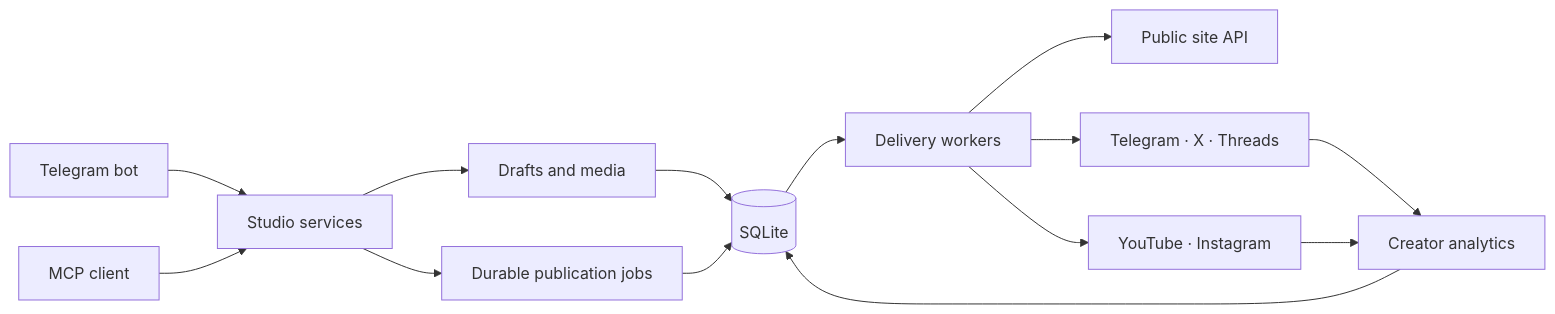
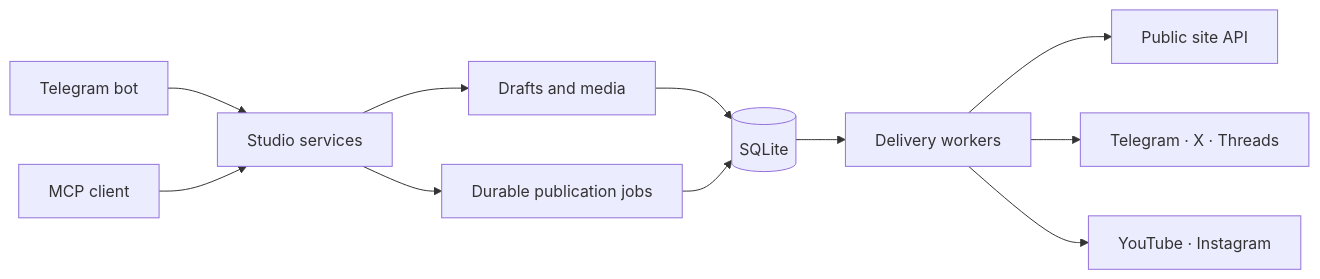
The diagram in docs/architecture.md (alexgetmancom/solo-publisher), drawn with Mermaid before and after one commit. The commit also changed other lines of this file and 188 other files, not shown here.

````diff
--- a/docs/architecture.md
+++ b/docs/architecture.md
@@ -5,16 +5,13 @@
 ```mermaid
 flowchart LR
   Telegram["Telegram bot"] --> Studio["Studio services"]
   MCP["MCP client"] --> Studio
   Studio --> Content["Drafts and media"]
   Studio --> Queue["Durable publication jobs"]
   Content --> DB[("SQLite")]
   Queue --> DB
   DB --> Workers["Delivery workers"]
   Workers --> Site["Public site API"]
   Workers --> Social["Telegram · X · Threads"]
   Workers --> Video["YouTube · Instagram"]
-  Social --> Analytics["Creator analytics"]
-  Video --> Analytics
-  Analytics --> DB
 ```
````
